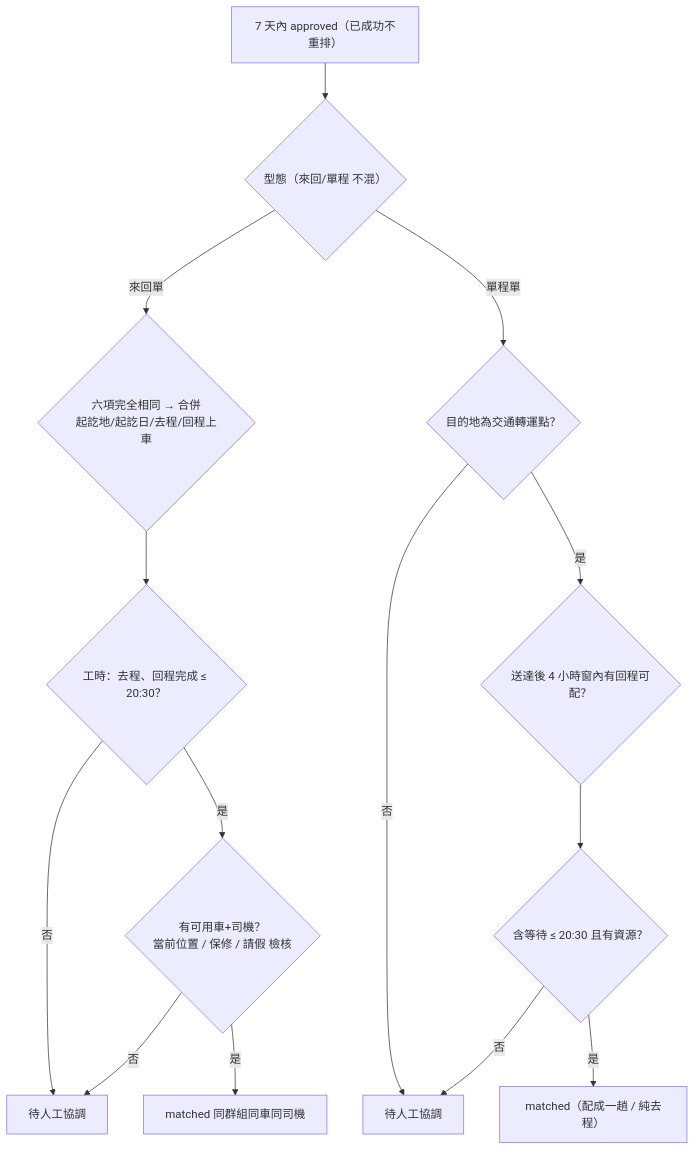
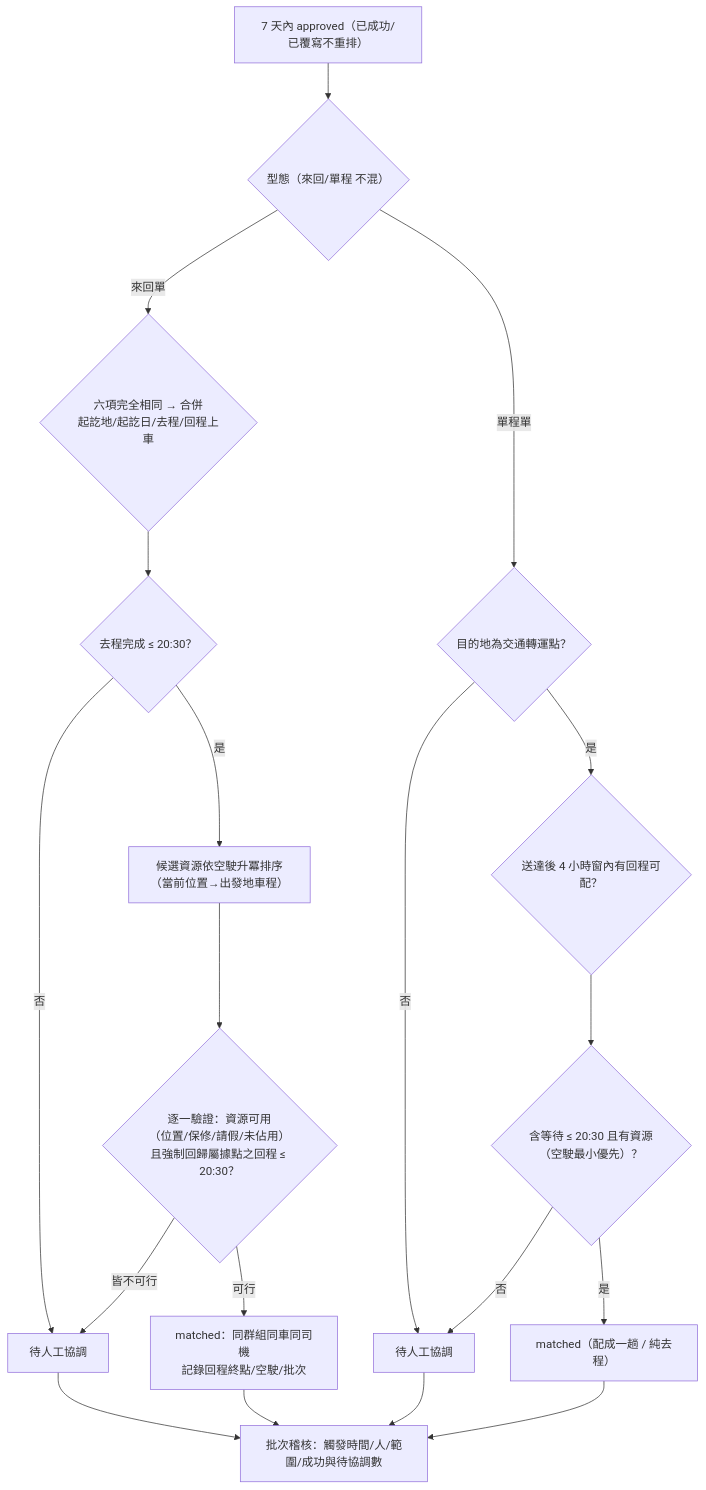
One commit to khcheng77/car-transport changed the sixth of 6 diagrams in docs/LOGIC.md. Above: the diagram before and after it, drawn with Mermaid. The commit also changed other lines of this file and 8 other files, not shown here.

````diff
--- a/docs/LOGIC.md
+++ b/docs/LOGIC.md
@@ -272,16 +319,21 @@
 ```mermaid
 flowchart TD
-  B0["7 天內 approved（已成功不重排）"] --> T{"型態（來回/單程 不混）"}
+  B0["7 天內 approved（已成功/已覆寫不重排）"] --> T{"型態（來回/單程 不混）"}
   T -- 來回單 --> R1{"六項完全相同 → 合併<br/>起訖地/起訖日/去程/回程上車"}
-  R1 --> R2{"工時：去程、回程完成 ≤ 20:30？"}
+  R1 --> R2{"去程完成 ≤ 20:30？"}
   R2 -- 否 --> RC["待人工協調"]
-  R2 -- 是 --> R3{"有可用車+司機？<br/>當前位置 / 保修 / 請假 檢核"}
-  R3 -- 否 --> RC
-  R3 -- 是 --> RM["matched 同群組同車同司機"]
+  R2 -- 是 --> R3["候選資源依空駛升冪排序<br/>（當前位置→出發地車程）"]
+  R3 --> R4{"逐一驗證：資源可用<br/>（位置/保修/請假/未佔用）<br/>且強制回歸屬據點之回程 ≤ 20:30？"}
+  R4 -- 皆不可行 --> RC
+  R4 -- 可行 --> RM["matched：同群組同車同司機<br/>記錄回程終點/空駛/批次"]
   T -- 單程單 --> O1{"目的地為交通轉運點？"}
   O1 -- 否 --> OC["待人工協調"]
   O1 -- 是 --> O2{"送達後 4 小時窗內有回程可配？"}
-  O2 --> O3{"含等待 ≤ 20:30 且有資源？"}
+  O2 --> O3{"含等待 ≤ 20:30 且有資源（空駛最小優先）？"}
   O3 -- 否 --> OC
   O3 -- 是 --> OM["matched（配成一趟 / 純去程）"]
+  RM --> AU["批次稽核：觸發時間/人/範圍/成功與待協調數"]
+  OM --> AU
+  RC --> AU
+  OC --> AU
 ```
````
